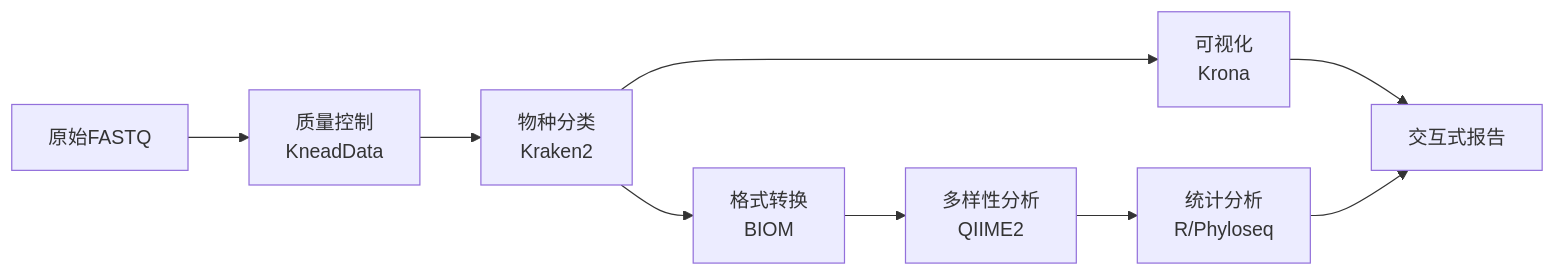
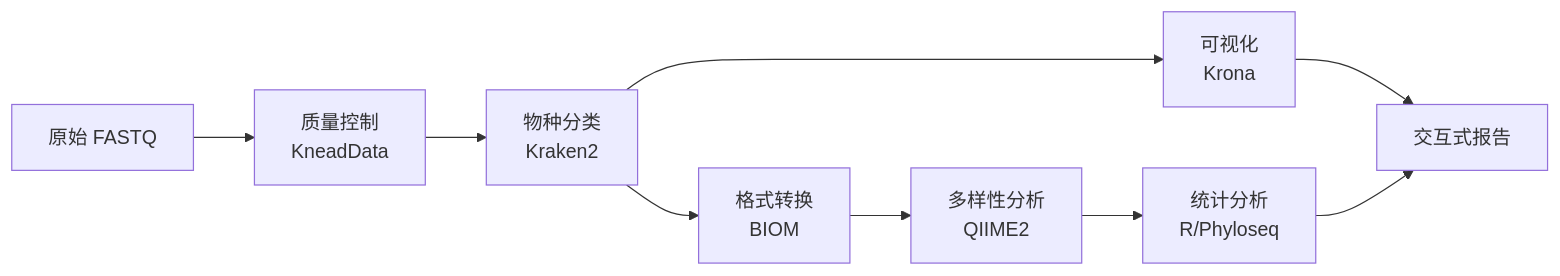
One commit to LessUp/micos-2024 changed the diagram in README.md. Above: the diagram before and after it, drawn with Mermaid. The commit also changed other lines of this file, not shown here.

````diff
--- a/README.md
+++ b/README.md
@@ -84,11 +35,11 @@
 ```mermaid
 graph LR
-    A[原始FASTQ] --> B[质量控制<br/>KneadData]
+    A[原始 FASTQ] --> B[质量控制<br/>KneadData]
     B --> C[物种分类<br/>Kraken2]
     C --> D[格式转换<br/>BIOM]
     D --> E[多样性分析<br/>QIIME2]
     C --> F[可视化<br/>Krona]
     E --> G[统计分析<br/>R/Phyloseq]
     F --> H[交互式报告]
     G --> H
 ```
````
